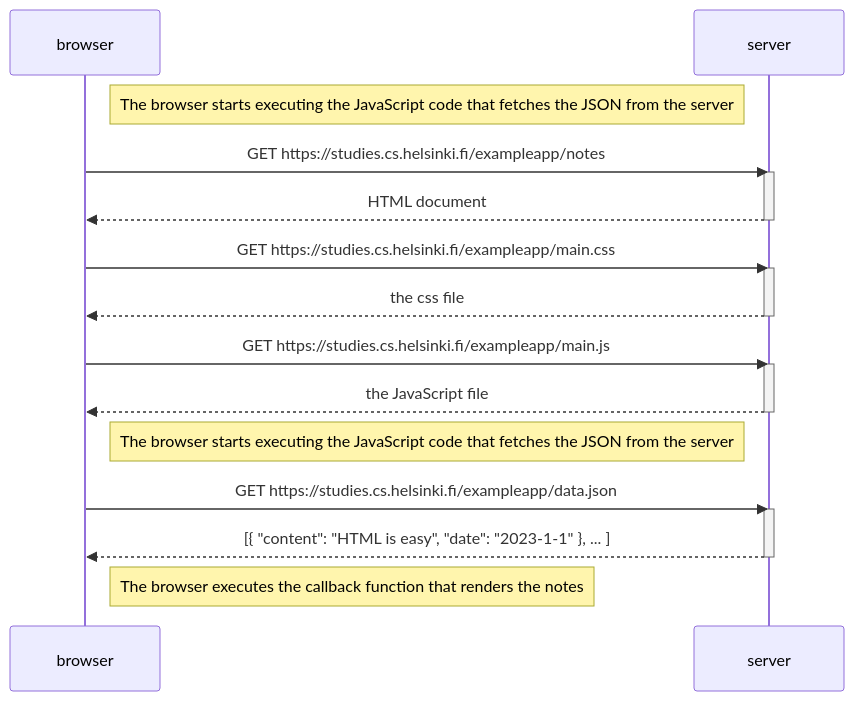
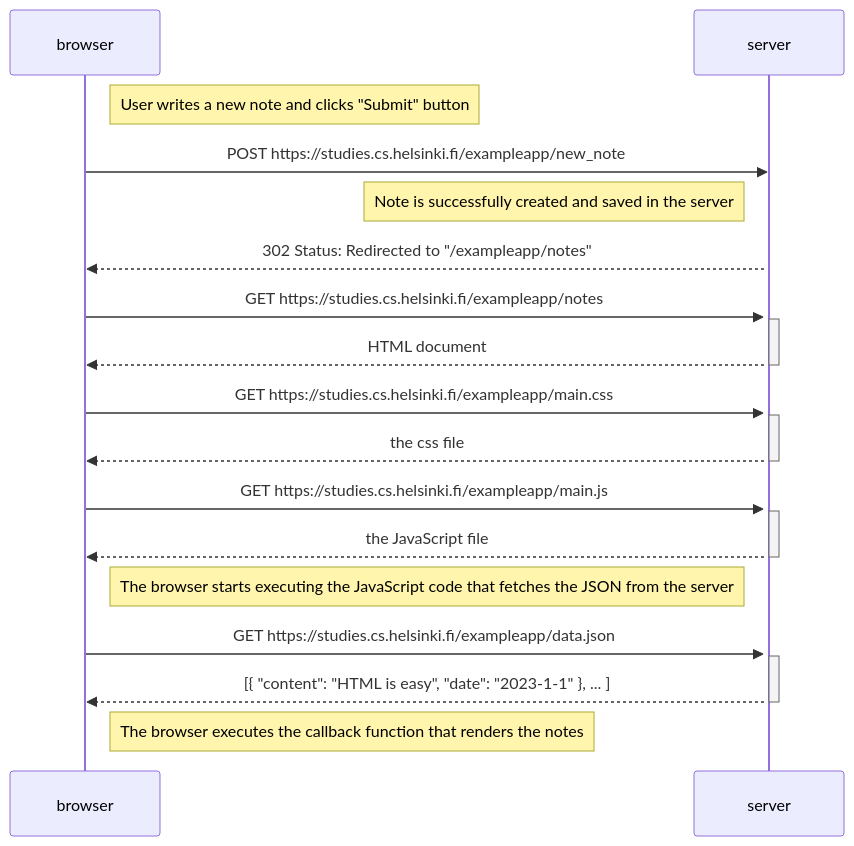
One commit to haseeb1496/fullstack_open_university_course changed the diagram in part0/exercise-0.4.md. Above: the diagram before and after it, drawn with Mermaid. The commit also changed 2 other files, not shown here.

Commit message:
Exercises part 0

````diff
--- a/part0/exercise-0.4.md
+++ b/part0/exercise-0.4.md
@@ -1,30 +1,34 @@
 ```mermaid
 sequenceDiagram
     participant browser
     participant server
 
-Note right of browser: The browser starts executing the JavaScript code that fetches the JSON from the server
+    Note right of browser: User writes a new note and clicks "Submit" button
+    browser->>server: POST https://studies.cs.helsinki.fi/exampleapp/new_note
+    Note left of server: Note is successfully created and saved in the server
+    activate server
+    server-->>browser: 302 Status: Redirected to "/exampleapp/notes"
     browser->>server: GET https://studies.cs.helsinki.fi/exampleapp/notes
     activate server
     server-->>browser: HTML document
     deactivate server
 
     browser->>server: GET https://studies.cs.helsinki.fi/exampleapp/main.css
     activate server
     server-->>browser: the css file
     deactivate server
 
     browser->>server: GET https://studies.cs.helsinki.fi/exampleapp/main.js
     activate server
     server-->>browser: the JavaScript file
     deactivate server
 
     Note right of browser: The browser starts executing the JavaScript code that fetches the JSON from the server
 
     browser->>server: GET https://studies.cs.helsinki.fi/exampleapp/data.json
     activate server
     server-->>browser: [{ "content": "HTML is easy", "date": "2023-1-1" }, ... ]
     deactivate server
 
     Note right of browser: The browser executes the callback function that renders the notes
 ```
````
